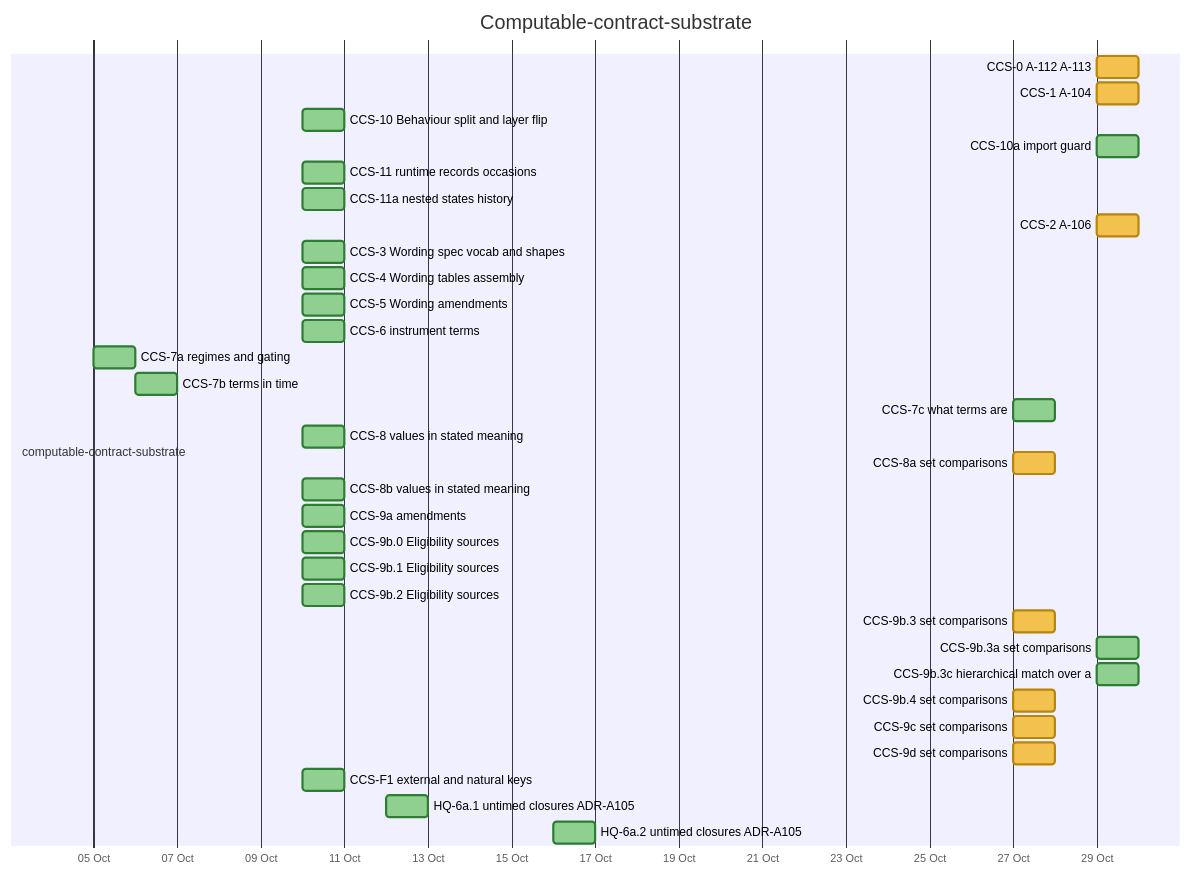
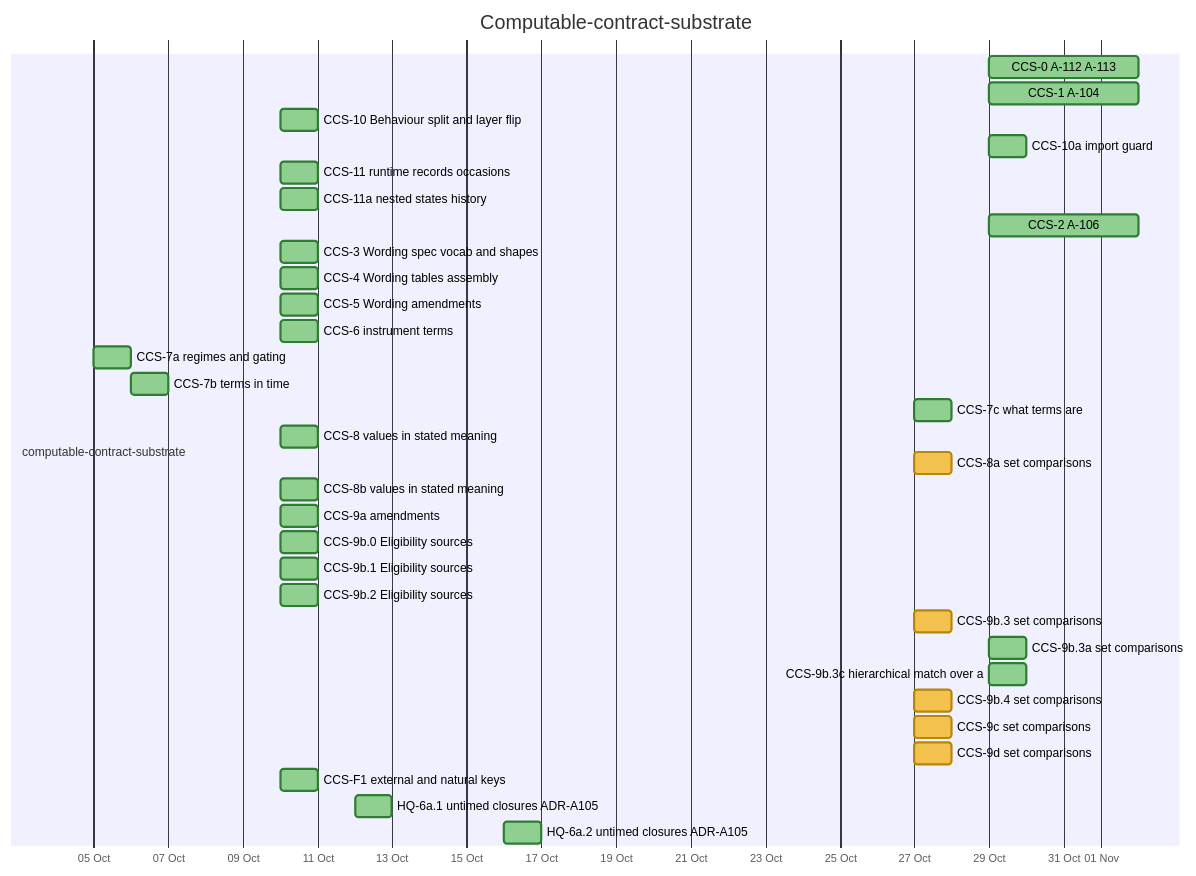
One commit to nebularis/lattice changed the sixth of 32 diagrams in docs/developer/ROADMAP.md. Above: the diagram before and after it, drawn with Mermaid. The commit also changed other lines of this file and 15 other files, not shown here.

````diff
--- a/docs/developer/ROADMAP.md
+++ b/docs/developer/ROADMAP.md
@@ -234,38 +234,38 @@
 ```mermaid
 %%{init: {"themeVariables": {"taskBkgColor": "#f2c14e", "taskBorderColor": "#b8860b", "taskTextColor": "#000000", "activeTaskBkgColor": "#4e9af1", "activeTaskBorderColor": "#1f5fbf", "activeTaskBorderColor": "#1f5fbf", "doneTaskBkgColor": "#8fcf8f", "doneTaskBorderColor": "#2f7d32", "critBkgColor": "#f28b82", "critBorderColor": "#b23a30", "taskTextDarkColor": "#000000", "taskTextLightColor": "#000000"}}}%%
 gantt
     title Computable-contract-substrate
     dateFormat YYYY-MM-DD
     axisFormat %d %b
     section computable-contract-substrate
-    CCS-0 A-112 A-113 :ccs0, 2026-10-29, 2026-10-30
-    CCS-1 A-104 :ccs1, 2026-10-29, 2026-10-30
+    CCS-0 A-112 A-113 :done, ccs0, 2026-10-29, 2026-11-02
+    CCS-1 A-104 :done, ccs1, 2026-10-29, 2026-11-02
     CCS-10 Behaviour split and layer flip :done, ccs10, 2026-10-10, 2026-10-11
     CCS-10a import guard :done, ccs10a, 2026-10-29, 2026-10-30
     CCS-11 runtime records occasions :done, ccs11, 2026-10-10, 2026-10-11
     CCS-11a nested states history :done, ccs11a, 2026-10-10, 2026-10-11
-    CCS-2 A-106 :ccs2, 2026-10-29, 2026-10-30
+    CCS-2 A-106 :done, ccs2, 2026-10-29, 2026-11-02
     CCS-3 Wording spec vocab and shapes :done, ccs3, 2026-10-10, 2026-10-11
     CCS-4 Wording tables assembly :done, ccs4, 2026-10-10, 2026-10-11
     CCS-5 Wording amendments :done, ccs5, 2026-10-10, 2026-10-11
     CCS-6 instrument terms :done, ccs6, 2026-10-10, 2026-10-11
     CCS-7a regimes and gating :done, ccs7a, 2026-10-05, 2026-10-06
     CCS-7b terms in time :done, ccs7b, 2026-10-06, 2026-10-07
     CCS-7c what terms are :done, ccs7c, 2026-10-27, 2026-10-28
     CCS-8 values in stated meaning :done, ccs8, 2026-10-10, 2026-10-11
     CCS-8a set comparisons :ccs8a, 2026-10-27, 2026-10-28
     CCS-8b values in stated meaning :done, ccs8b, 2026-10-10, 2026-10-11
     CCS-9a amendments :done, ccs9a, 2026-10-10, 2026-10-11
     CCS-9b.0 Eligibility sources :done, ccs9b0, 2026-10-10, 2026-10-11
     CCS-9b.1 Eligibility sources :done, ccs9b1, 2026-10-10, 2026-10-11
     CCS-9b.2 Eligibility sources :done, ccs9b2, 2026-10-10, 2026-10-11
     CCS-9b.3 set comparisons :ccs9b3, 2026-10-27, 2026-10-28
     CCS-9b.3a set comparisons :done, ccs9b3a, 2026-10-29, 2026-10-30
     CCS-9b.3c hierarchical match over a :done, ccs9b3c, 2026-10-29, 2026-10-30
     CCS-9b.4 set comparisons :ccs9b4, 2026-10-27, 2026-10-28
     CCS-9c set comparisons :ccs9c, 2026-10-27, 2026-10-28
     CCS-9d set comparisons :ccs9d, 2026-10-27, 2026-10-28
     CCS-F1 external and natural keys :done, ccsf1, 2026-10-10, 2026-10-11
     HQ-6a.1 untimed closures ADR-A105 :done, hq6a1, 2026-10-12, 2026-10-13
     HQ-6a.2 untimed closures ADR-A105 :done, hq6a2, 2026-10-16, 2026-10-17
 ```
````
